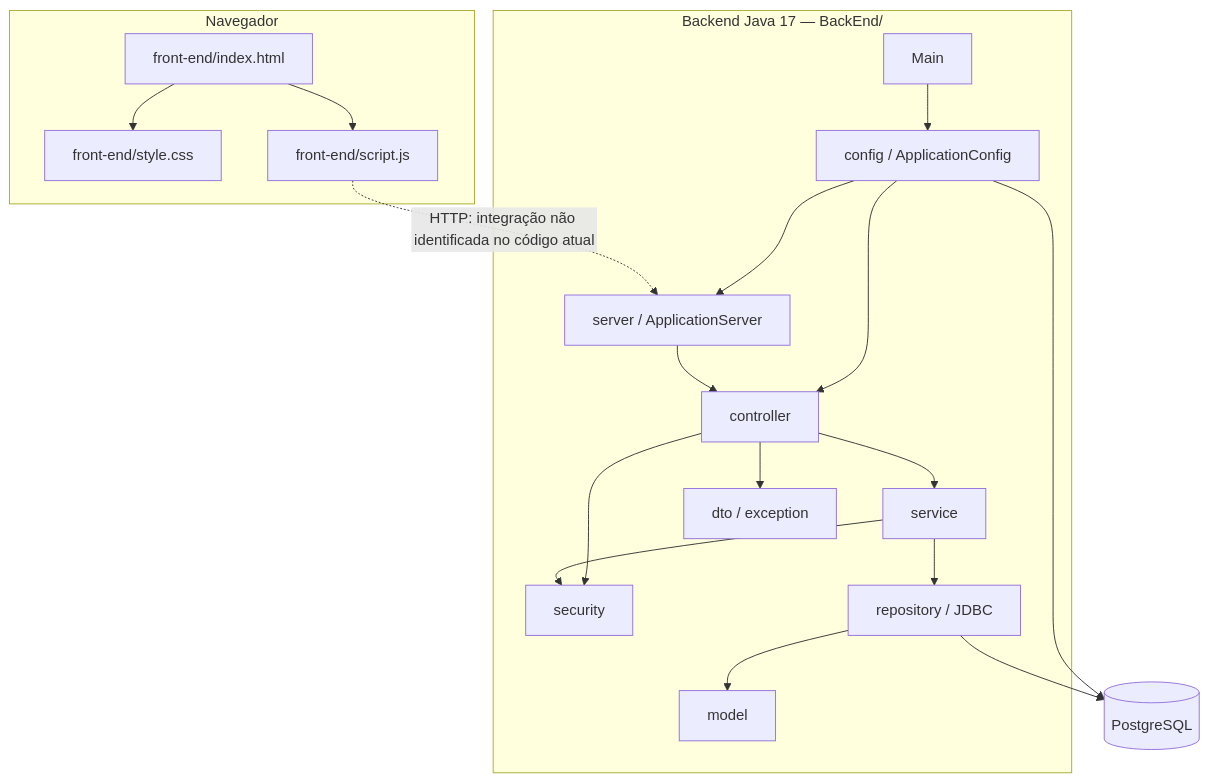
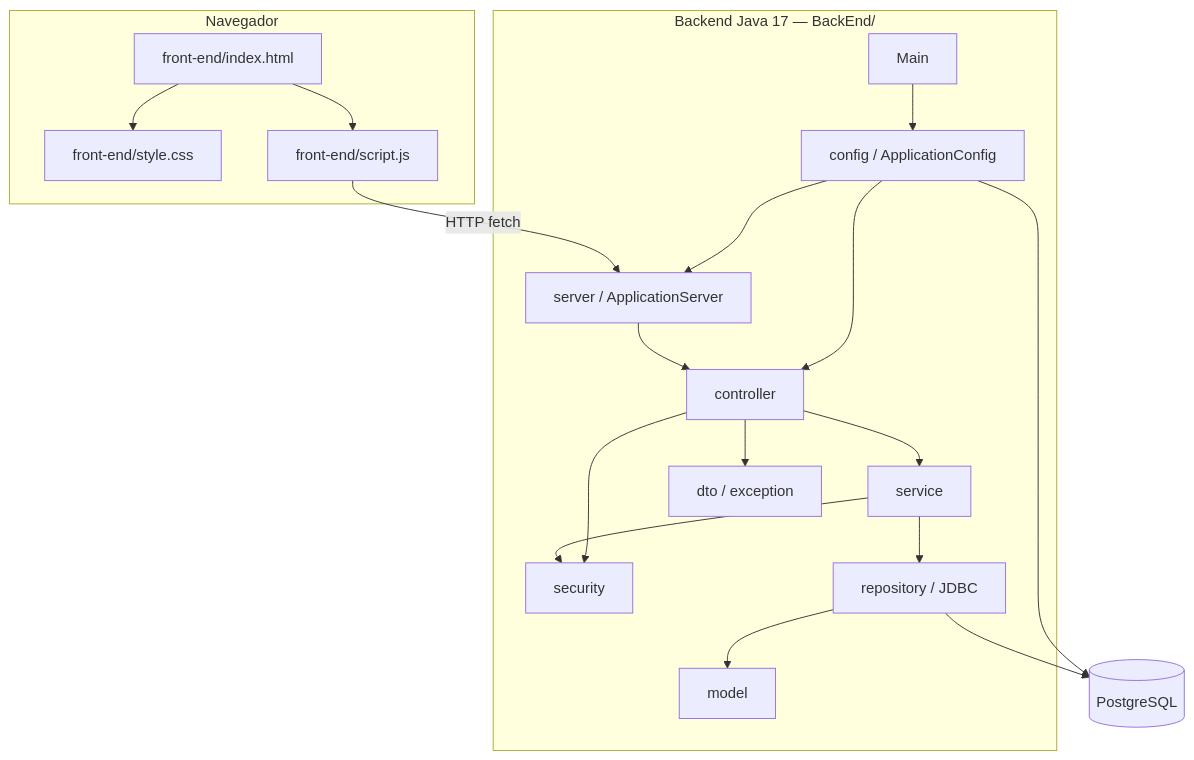
The second of 3 diagrams in docs/arquitetura/arquitetura.md (liviafgs/TrabalhoPratico-eng-software), drawn with Mermaid before and after one commit. The commit also changed other lines of this file and 3 other files, not shown here.

````diff
--- a/docs/arquitetura/arquitetura.md
+++ b/docs/arquitetura/arquitetura.md
@@ -26,39 +26,39 @@
 ```mermaid
 flowchart TB
     subgraph Cliente["Navegador"]
         HTML["front-end/index.html"]
         CSS["front-end/style.css"]
         JS["front-end/script.js"]
         HTML --> CSS
         HTML --> JS
     end
 
     subgraph Backend["Backend Java 17 — BackEnd/"]
         MAIN["Main"]
         CONFIG["config / ApplicationConfig"]
         HTTP["server / ApplicationServer"]
         CTRL["controller"]
         SERVICE["service"]
         SECURITY["security"]
         REPO["repository / JDBC"]
         MODEL["model"]
         DTO["dto / exception"]
 
         MAIN --> CONFIG
         CONFIG --> HTTP
         CONFIG --> CTRL
         HTTP --> CTRL
         CTRL --> SERVICE
         CTRL --> SECURITY
         CTRL --> DTO
         SERVICE --> REPO
         SERVICE --> SECURITY
         REPO --> MODEL
     end
 
     PG[(PostgreSQL)]
     CONFIG --> PG
     REPO --> PG
 
-    JS -. "HTTP: integração não identificada no código atual" .-> HTTP
+    JS -->|HTTP fetch| HTTP
 ```
````
